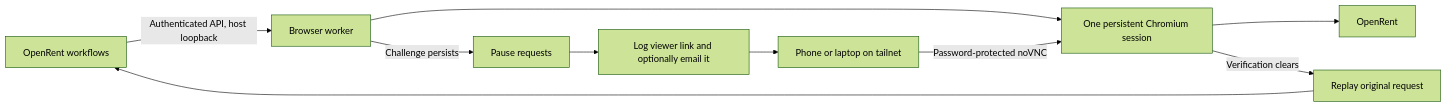
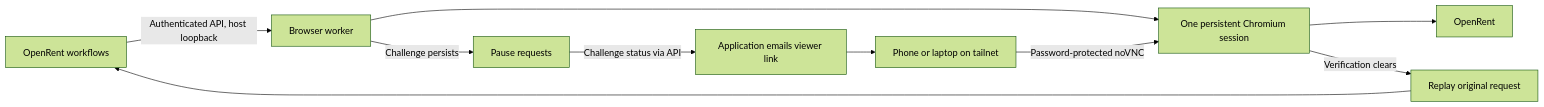
Before and after one commit to adamingas/find-me-a-flat: the diagram in docs/browser-handoff.md, drawn with Mermaid (forest theme). The commit also changed other lines of this file and 9 other files, not shown here.

````diff
--- a/docs/browser-handoff.md
+++ b/docs/browser-handoff.md
@@ -52,12 +53,12 @@
 ```mermaid
 flowchart LR
     A[OpenRent workflows] -->|Authenticated API, host loopback| B[Browser worker]
     B --> C[One persistent Chromium session]
     C --> D[OpenRent]
     B -->|Challenge persists| E[Pause requests]
-    E --> F[Log viewer link and optionally email it]
+    E -->|Challenge status via API| F[Application emails viewer link]
     F --> G[Phone or laptop on tailnet]
     G -->|Password-protected noVNC| C
     C -->|Verification clears| H[Replay original request]
     H --> A
 ```
````
